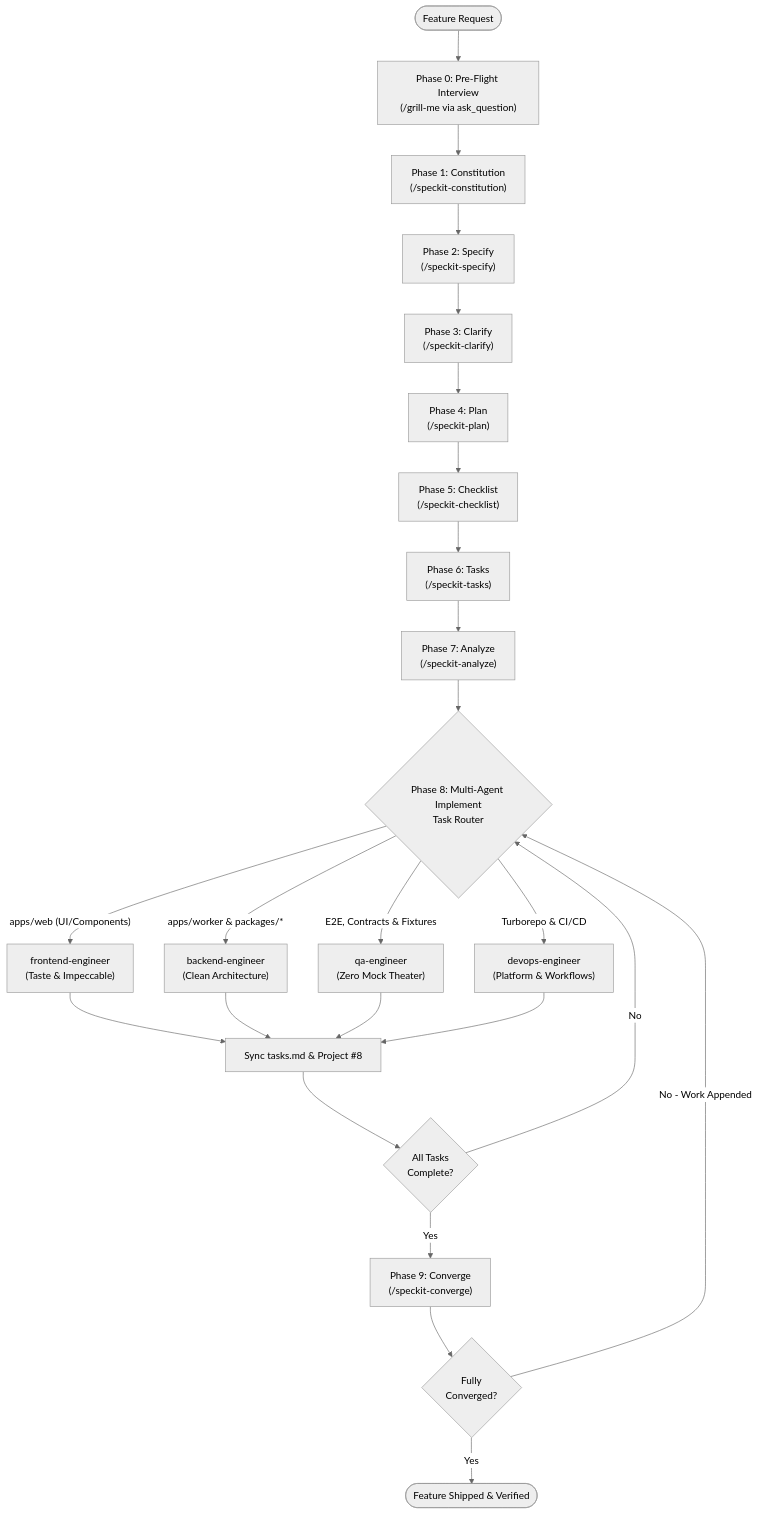
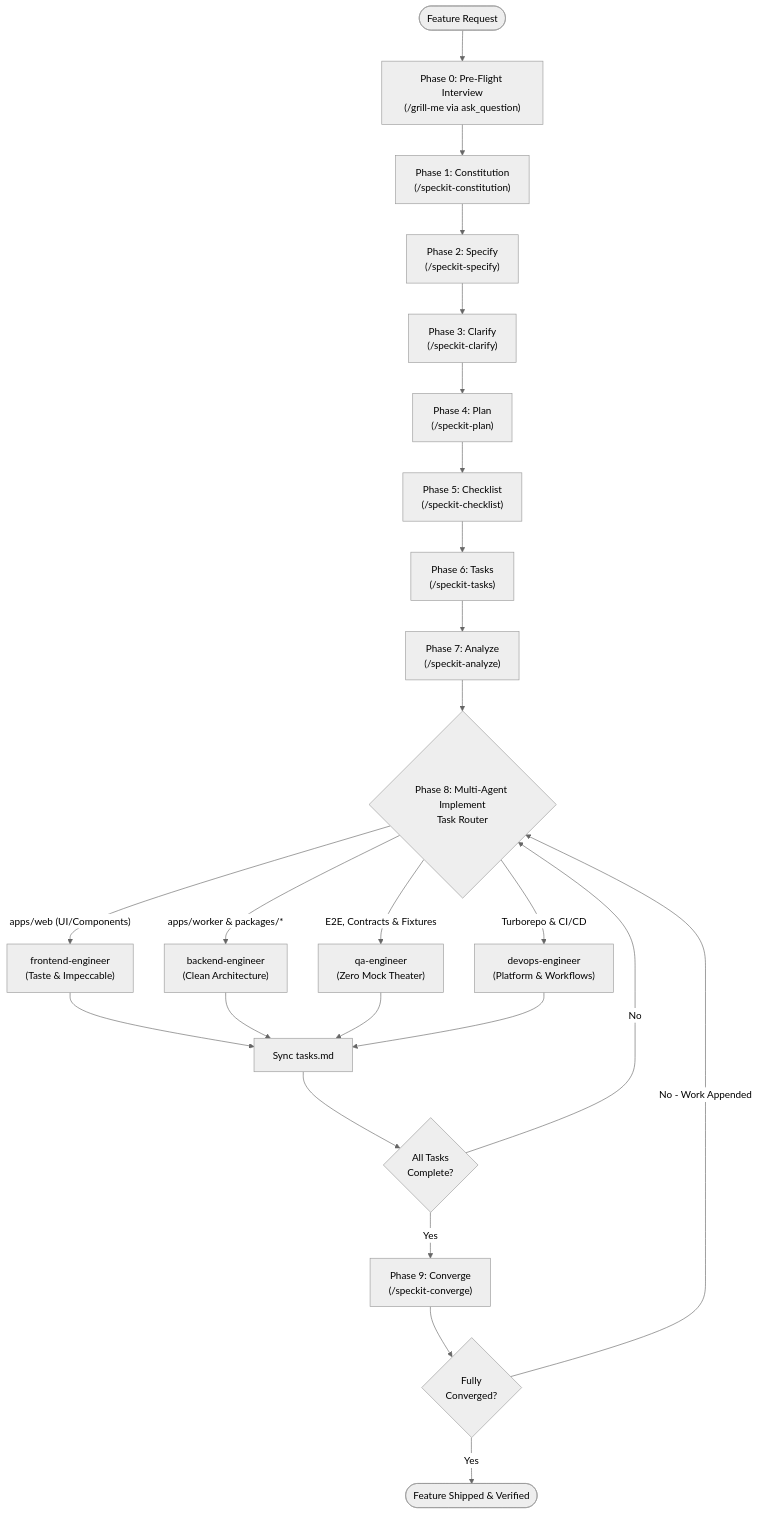
Before and after one commit to Velocta/fbuploadpro: the diagram in README.md, drawn with Mermaid (neutral theme). The commit also changed other lines of this file and 5 other files, not shown here.

````diff
--- a/README.md
+++ b/README.md
@@ -30,29 +30,29 @@
 ```mermaid
 flowchart TD
     Req(["Feature Request"]) --> G["Phase 0: Pre-Flight Interview\n(/grill-me via ask_question)"]
     G --> C["Phase 1: Constitution\n(/speckit-constitution)"]
     C --> S["Phase 2: Specify\n(/speckit-specify)"]
     S --> CL["Phase 3: Clarify\n(/speckit-clarify)"]
     CL --> P["Phase 4: Plan\n(/speckit-plan)"]
     P --> CH["Phase 5: Checklist\n(/speckit-checklist)"]
     CH --> T["Phase 6: Tasks\n(/speckit-tasks)"]
     T --> A["Phase 7: Analyze\n(/speckit-analyze)"]
     A --> Dispatch{"Phase 8: Multi-Agent Implement\nTask Router"}
     
     Dispatch -->|"apps/web (UI/Components)"| FE["frontend-engineer\n(Taste & Impeccable)"]
     Dispatch -->|"apps/worker & packages/*"| BE["backend-engineer\n(Clean Architecture)"]
     Dispatch -->|"E2E, Contracts & Fixtures"| QA["qa-engineer\n(Zero Mock Theater)"]
     Dispatch -->|"Turborepo & CI/CD"| DO["devops-engineer\n(Platform & Workflows)"]
     
-    FE --> Sync["Sync tasks.md & Project #8"]
+    FE --> Sync["Sync tasks.md"]
     BE --> Sync
     QA --> Sync
     DO --> Sync
     
     Sync --> DoneCheck{"All Tasks\nComplete?"}
     DoneCheck -->|No| Dispatch
     DoneCheck -->|Yes| CV["Phase 9: Converge\n(/speckit-converge)"]
     CV --> Converged{"Fully\nConverged?"}
     Converged -->|No - Work Appended| Dispatch
     Converged -->|Yes| Done(["Feature Shipped & Verified"])
 ```
````
